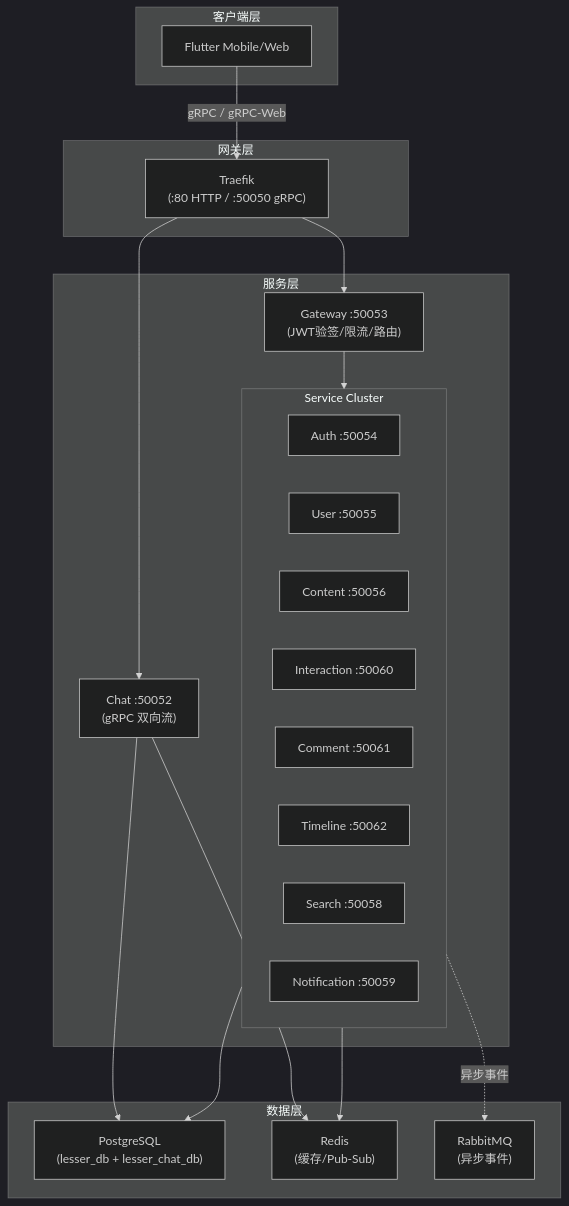
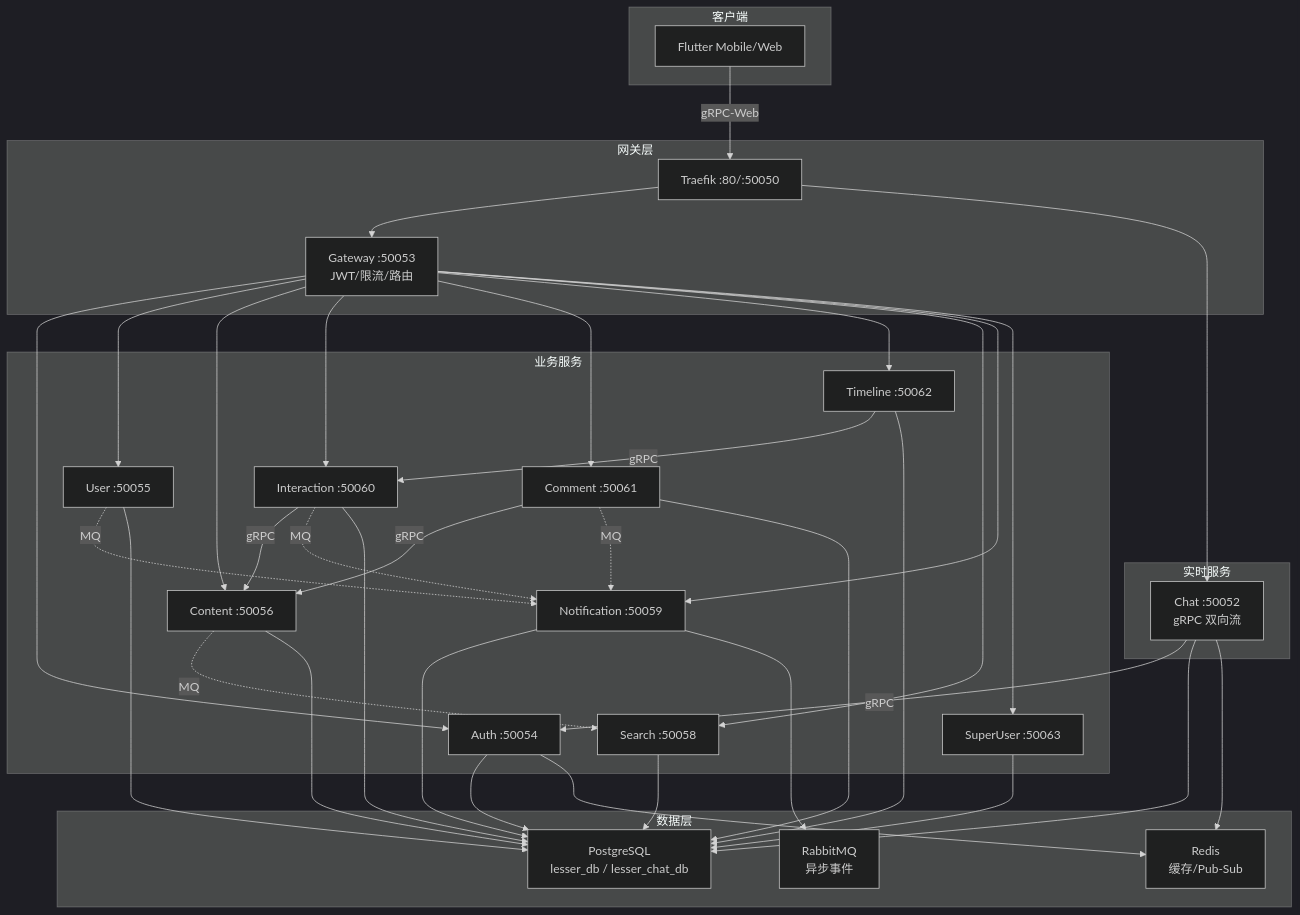
The first of 2 diagrams in .kiro/steering/structure.md (funcdfs/lesser), drawn with Mermaid (dark theme) before and after one commit. The commit also changed other lines of this file and 443 other files, not shown here.

````diff
--- a/.kiro/steering/structure.md
+++ b/.kiro/steering/structure.md
@@ -9,43 +5,70 @@
 ```mermaid
 graph TB
-    subgraph 客户端层["客户端层"]
+    subgraph Client["客户端"]
         Flutter["Flutter Mobile/Web"]
     end
 
-    subgraph 网关层["网关层"]
-        Traefik["Traefik<br/>(:80 HTTP / :50050 gRPC)"]
+    subgraph Gateway["网关层"]
+        Traefik["Traefik :80/:50050"]
+        GW["Gateway :50053<br/>JWT/限流/路由"]
     end
 
-    subgraph 服务层["服务层"]
-        Gateway["Gateway :50053<br/>(JWT验签/限流/路由)"]
-        
-        subgraph ServiceCluster["Service Cluster"]
-            Auth["Auth :50054"]
-            User["User :50055"]
-            Content["Content :50056"]
-            Interaction["Interaction :50060"]
-            Comment["Comment :50061"]
-            Timeline["Timeline :50062"]
-            Search["Search :50058"]
-            Notification["Notification :50059"]
-        end
-        
-        Chat["Chat :50052<br/>(gRPC 双向流)"]
+    subgraph Services["业务服务"]
+        Auth["Auth :50054"]
+        User["User :50055"]
+        Content["Content :50056"]
+        Interaction["Interaction :50060"]
+        Comment["Comment :50061"]
+        Timeline["Timeline :50062"]
+        Search["Search :50058"]
+        Notification["Notification :50059"]
+        SuperUser["SuperUser :50063"]
     end
 
-    subgraph 数据层["数据层"]
-        Postgres["PostgreSQL<br/>(lesser_db + lesser_chat_db)"]
-        Redis["Redis<br/>(缓存/Pub-Sub)"]
-        RabbitMQ["RabbitMQ<br/>(异步事件)"]
+    subgraph Realtime["实时服务"]
+        Chat["Chat :50052<br/>gRPC 双向流"]
     end
 
-    Flutter -->|gRPC / gRPC-Web| Traefik
-    Traefik --> Gateway
+    subgraph Data["数据层"]
+        PG["PostgreSQL<br/>lesser_db / lesser_chat_db"]
+        Redis["Redis<br/>缓存/Pub-Sub"]
+        MQ["RabbitMQ<br/>异步事件"]
+    end
+
+    Flutter -->|gRPC-Web| Traefik
+    Traefik --> GW
     Traefik --> Chat
-    Gateway --> ServiceCluster
-    ServiceCluster --> Postgres
-    ServiceCluster --> Redis
-    ServiceCluster -.->|异步事件| RabbitMQ
-    Chat --> Postgres
+    GW --> Auth
+    GW --> User
+    GW --> Content
+    GW --> Interaction
+    GW --> Comment
+    GW --> Timeline
+    GW --> Search
+    GW --> Notification
+    GW --> SuperUser
+
+    Comment -->|gRPC| Content
+    Interaction -->|gRPC| Content
+    Timeline -->|gRPC| Interaction
+    Chat -->|gRPC| Auth
+
+    Comment -.->|MQ| Notification
+    Interaction -.->|MQ| Notification
+    User -.->|MQ| Notification
+    Content -.->|MQ| Search
+
+    Auth --> PG
+    Auth --> Redis
+    User --> PG
+    Content --> PG
+    Interaction --> PG
+    Comment --> PG
+    Timeline --> PG
+    Search --> PG
+    Notification --> PG
+    Notification --> MQ
+    Chat --> PG
     Chat --> Redis
+    SuperUser --> PG
 ```
````
